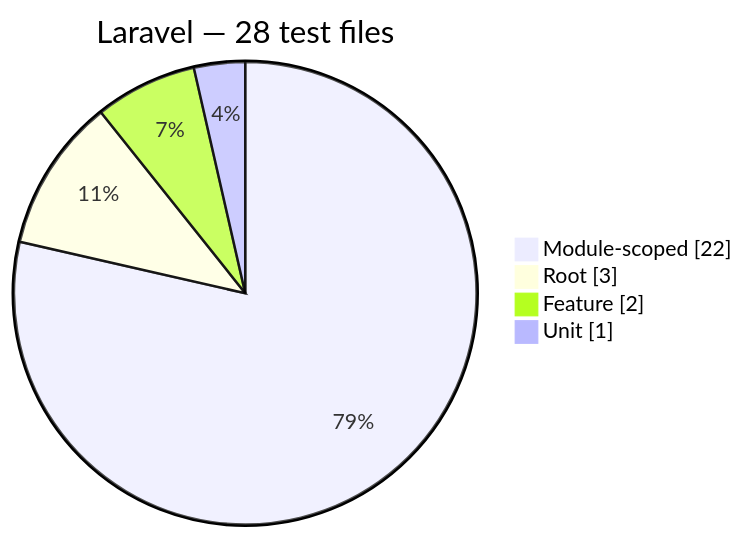
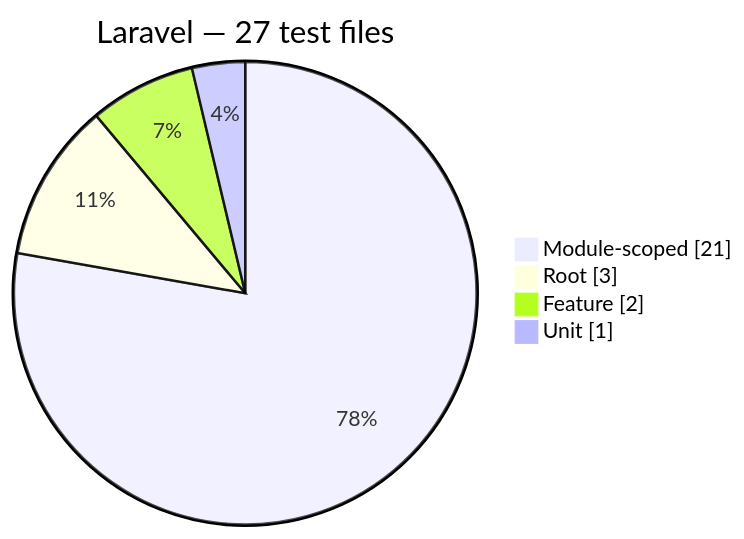
The seventh of 7 diagrams in docs/generated/test-composition.md (Mohammed-Alama/php-arazzo), drawn with Mermaid before and after one commit. The commit also changed other lines of this file and 32 other files, not shown here.

````diff
--- a/docs/generated/test-composition.md
+++ b/docs/generated/test-composition.md
@@ -110,8 +110,8 @@
 ```mermaid
 pie showData
-    title Laravel — 28 test files
-    "Module-scoped": 22
+    title Laravel — 27 test files
+    "Module-scoped": 21
     "Root": 3
     "Feature": 2
     "Unit": 1
 ```
````
